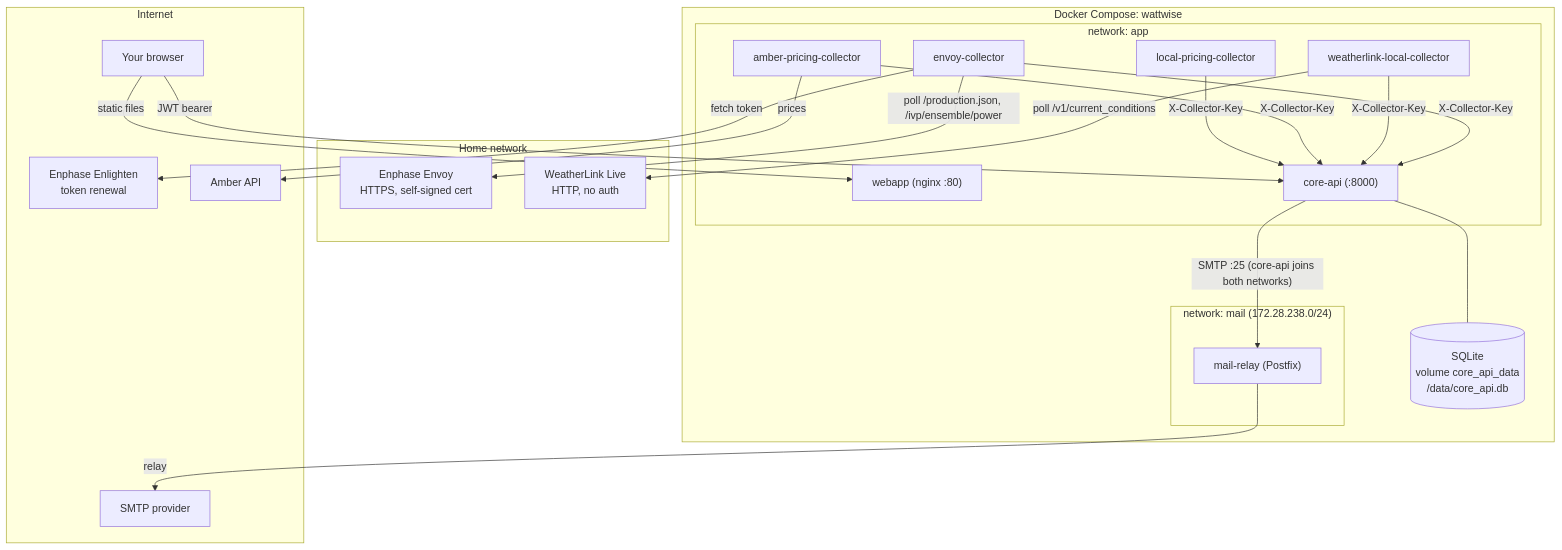
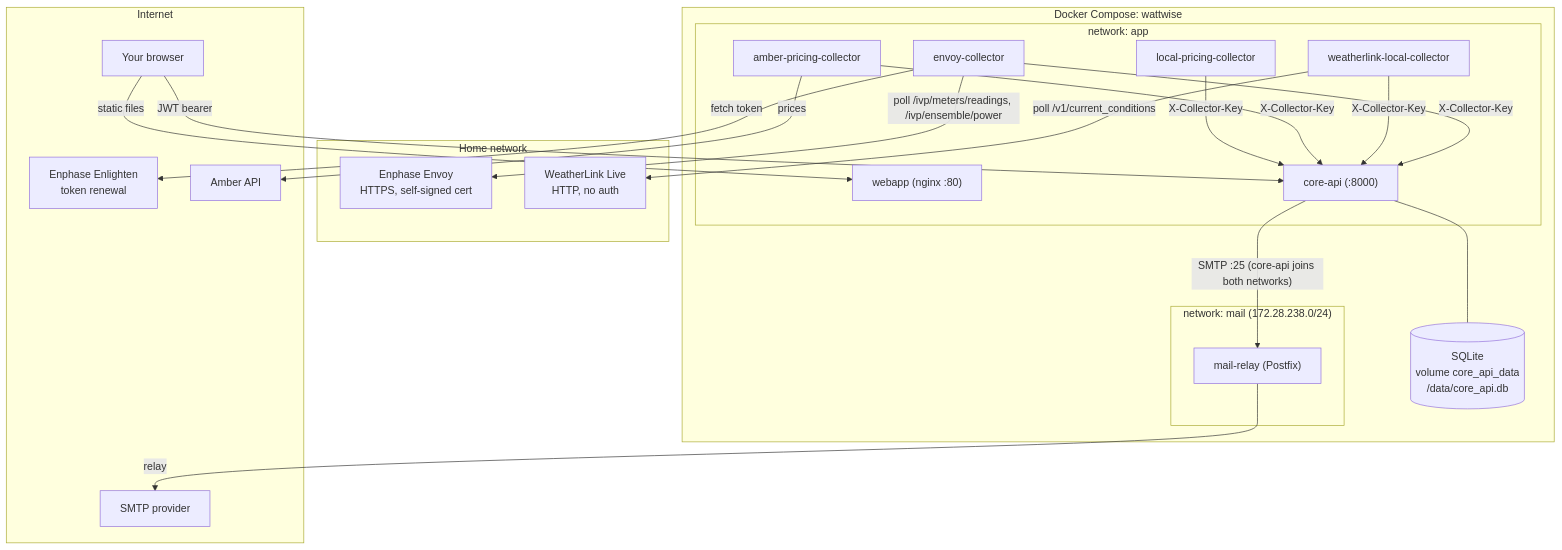
The first of 2 diagrams in docs/architecture.md (sschwetz/wattwise), drawn with Mermaid before and after one commit. The commit also changed 9 other files, not shown here.

First line of the commit message:
fix(envoy-collector): poll power from /ivp/meters/readings

````diff
--- a/docs/architecture.md
+++ b/docs/architecture.md
@@ -19,40 +19,40 @@
 ```mermaid
 flowchart TB
     subgraph LAN["Home network"]
         ENV["Enphase Envoy<br/>HTTPS, self-signed cert"]
         WL["WeatherLink Live<br/>HTTP, no auth"]
     end
 
     subgraph NET["Internet"]
         ENL["Enphase Enlighten<br/>token renewal"]
         AMB["Amber API"]
         SMTP["SMTP provider"]
         BROWSER["Your browser"]
     end
 
     subgraph COMPOSE["Docker Compose: wattwise"]
         subgraph APPNET["network: app"]
             EC["envoy-collector"]
             WC["weatherlink-local-collector"]
             AC["amber-pricing-collector"]
             LC["local-pricing-collector"]
             WEB["webapp (nginx :80)"]
             API["core-api (:8000)"]
         end
         subgraph MAILNET["network: mail (172.28.238.0/24)"]
             MR["mail-relay (Postfix)"]
         end
         DB[("SQLite<br/>volume core_api_data<br/>/data/core_api.db")]
     end
 
-    EC -- "poll /production.json, /ivp/ensemble/power" --> ENV
+    EC -- "poll /ivp/meters/readings, /ivp/ensemble/power" --> ENV
     EC -- "fetch token" --> ENL
     WC -- "poll /v1/current_conditions" --> WL
     AC -- "prices" --> AMB
     EC & WC & AC & LC -- "X-Collector-Key" --> API
     BROWSER -- "static files" --> WEB
     BROWSER -- "JWT bearer" --> API
     API --- DB
     API -- "SMTP :25 (core-api joins both networks)" --> MR
     MR -- "relay" --> SMTP
 ```
````
